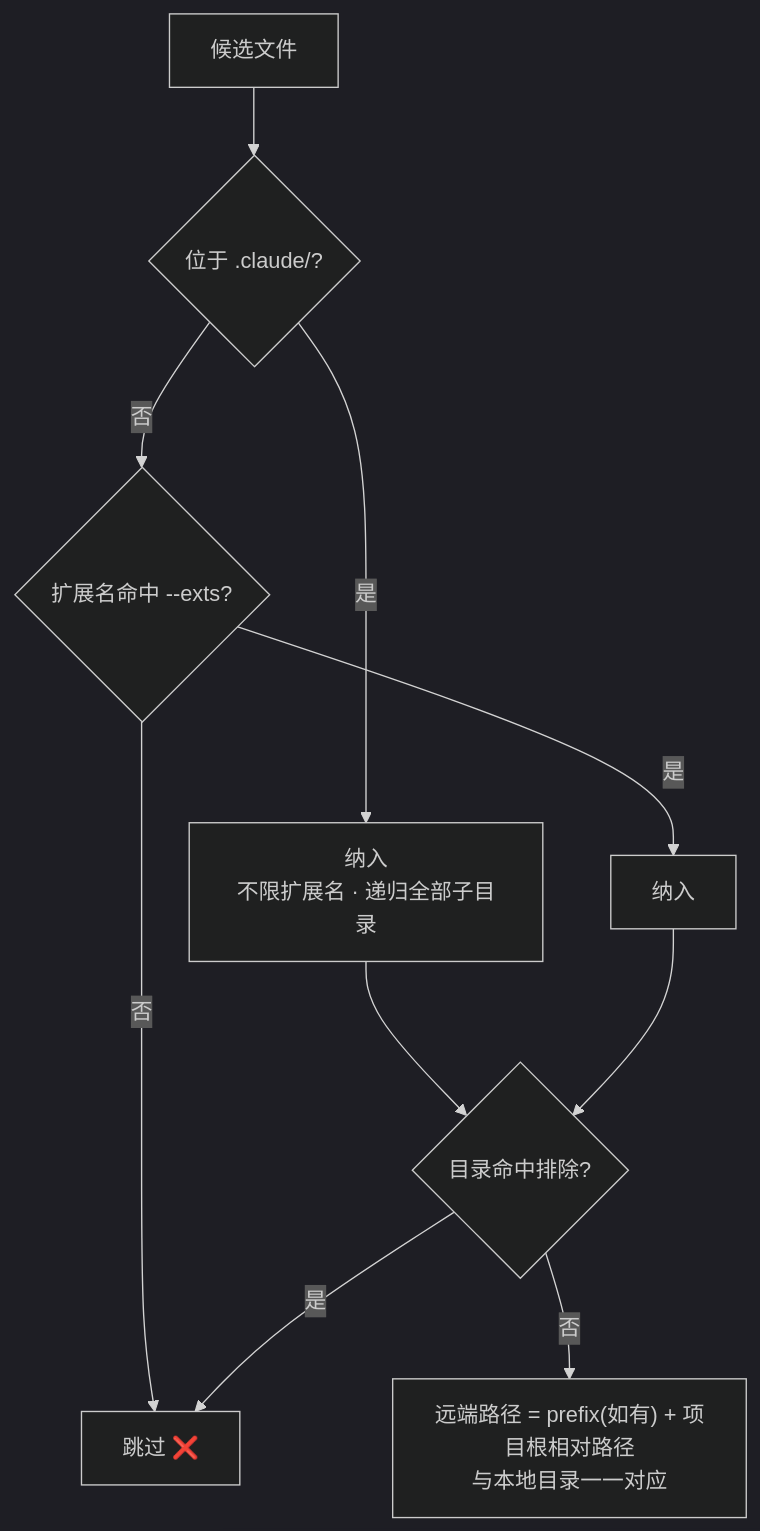
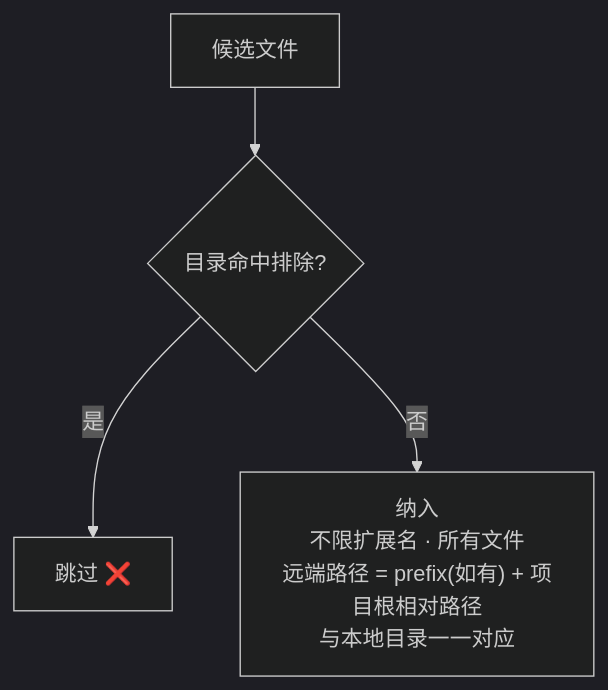
One commit to effiy/YrY changed the second of 6 diagrams in skills/rui-import/SKILL.md. Above: the diagram before and after it, drawn with Mermaid (dark theme). The commit also changed other lines of this file and 11 other files, not shown here.

````diff
--- a/skills/rui-import/SKILL.md
+++ b/skills/rui-import/SKILL.md
@@ -57,11 +57,6 @@
 ```mermaid
 flowchart TD
-    FILE["候选文件"] --> Q1{"位于 .claude/?"}
-    Q1 -->|"是"| ALL["纳入<br/>不限扩展名 · 递归全部子目录"]:::rule
-    Q1 -->|"否"| EXT{"扩展名命中 --exts?"}
-    EXT -->|"是"| KEEP["纳入"]:::rule
-    EXT -->|"否"| SKIP["跳过 ❌"]:::skip
-    ALL & KEEP --> Q2{"目录命中排除?"}
-    Q2 -->|"是"| SKIP
-    Q2 -->|"否"| PATH["远端路径 = prefix(如有) + 项目根相对路径<br/>与本地目录一一对应"]:::path
+    FILE["候选文件"] --> Q1{"目录命中排除?"}
+    Q1 -->|"是"| SKIP["跳过 ❌"]:::skip
+    Q1 -->|"否"| PATH["纳入<br/>不限扩展名 · 所有文件<br/>远端路径 = prefix(如有) + 项目根相对路径<br/>与本地目录一一对应"]:::path
 ```
````
